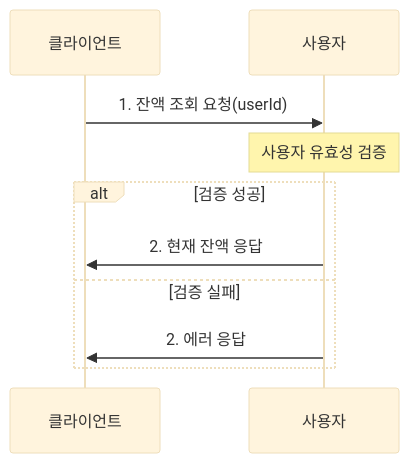
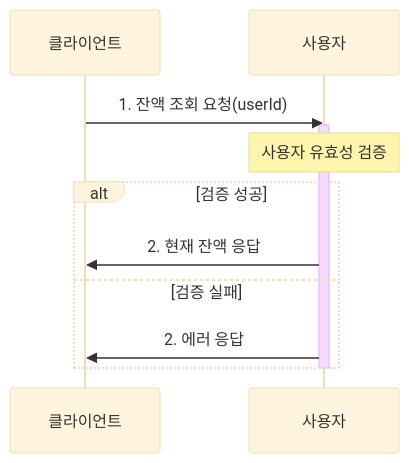
Before and after one commit to ynyejn/e-commerce: the second of 9 diagrams in README.md, drawn with Mermaid (base theme). The commit also changed other lines of this file and 9 other files, not shown here.

````diff
--- a/README.md
+++ b/README.md
@@ -31,14 +33,16 @@
 ```mermaid
 sequenceDiagram
     participant Client as 클라이언트
     participant UserSystem as 사용자
-    
+
     Client->>UserSystem: 1. 잔액 조회 요청(userId)
+    activate UserSystem
     Note over UserSystem: 사용자 유효성 검증
-    
+
     alt 검증 성공
         UserSystem->>Client: 2. 현재 잔액 응답
     else 검증 실패
         UserSystem->>Client: 2. 에러 응답
     end
+    deactivate UserSystem
 ```
````
